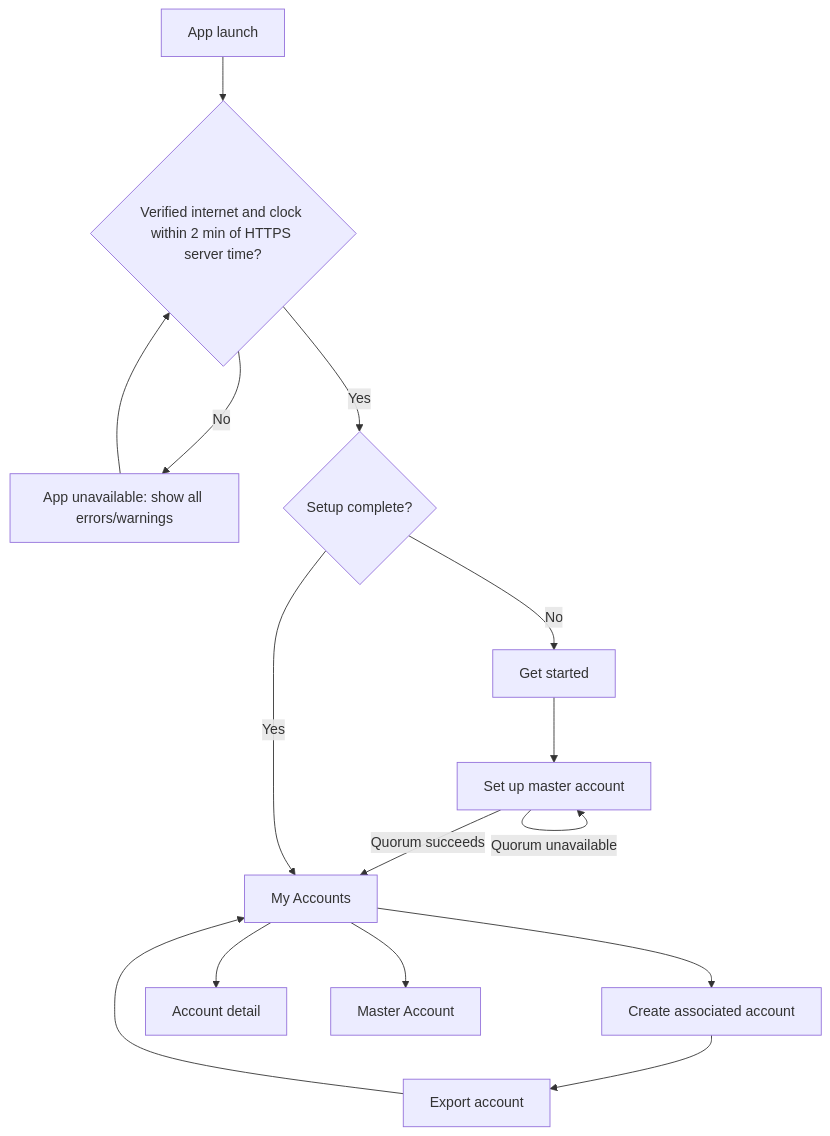
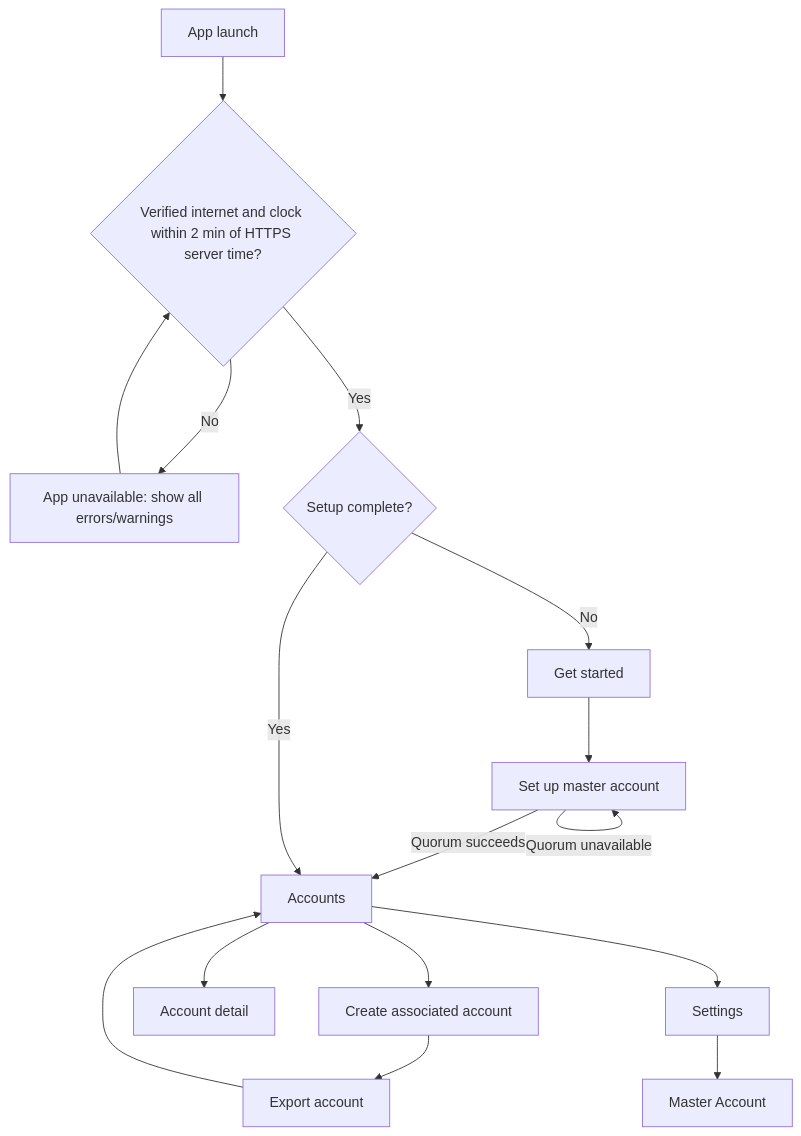
Before and after one commit to ZenTenApp/vault-kotlin: the diagram in docs/stakeholder/screens-and-states.md, drawn with Mermaid. The commit also changed other lines of this file and 9 other files, not shown here.

Commit message:
feat(accounts): redesign account list navigation

````diff
--- a/docs/stakeholder/screens-and-states.md
+++ b/docs/stakeholder/screens-and-states.md
@@ -28,17 +29,18 @@
 ```mermaid
 flowchart TD
     R[App launch] --> P{Verified internet and clock within 2 min of HTTPS server time?}
     P -- No --> U[App unavailable: show all errors/warnings]
     U --> P
     P -- Yes --> S{Setup complete?}
     S -- No --> G[Get started]
     G --> M[Set up master account]
-    M -- Quorum succeeds --> A[My Accounts]
+    M -- Quorum succeeds --> A[Accounts]
     M -- Quorum unavailable --> M
     S -- Yes --> A
     A --> N[Create associated account]
     N --> EX[Export account]
     EX --> A
     A --> D[Account detail]
-    A --> MA[Master Account]
+    A --> ST[Settings]
+    ST --> MA[Master Account]
 ```
````
